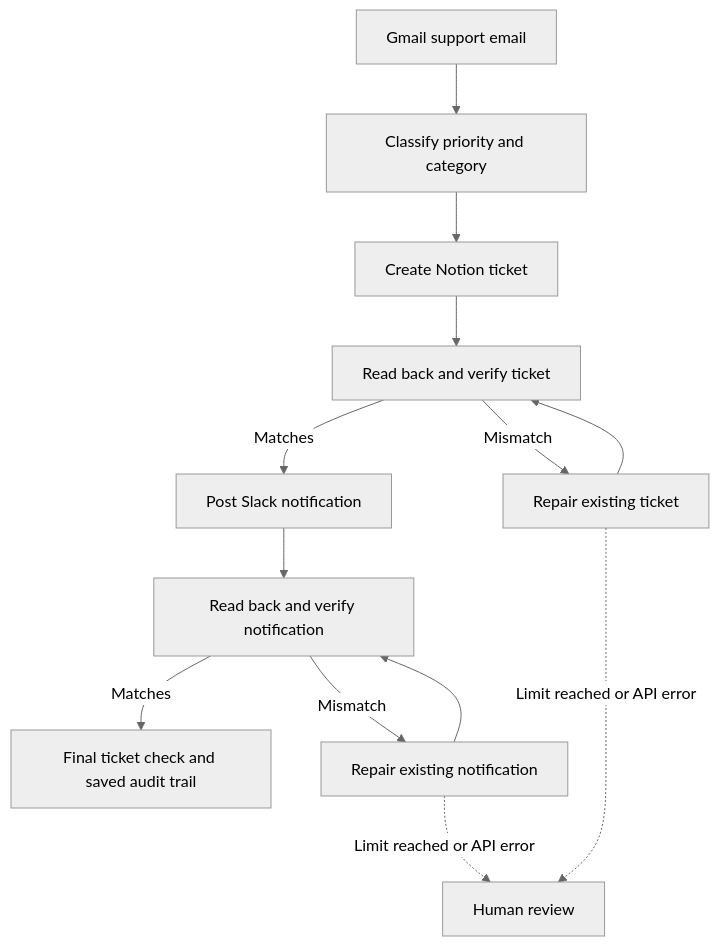
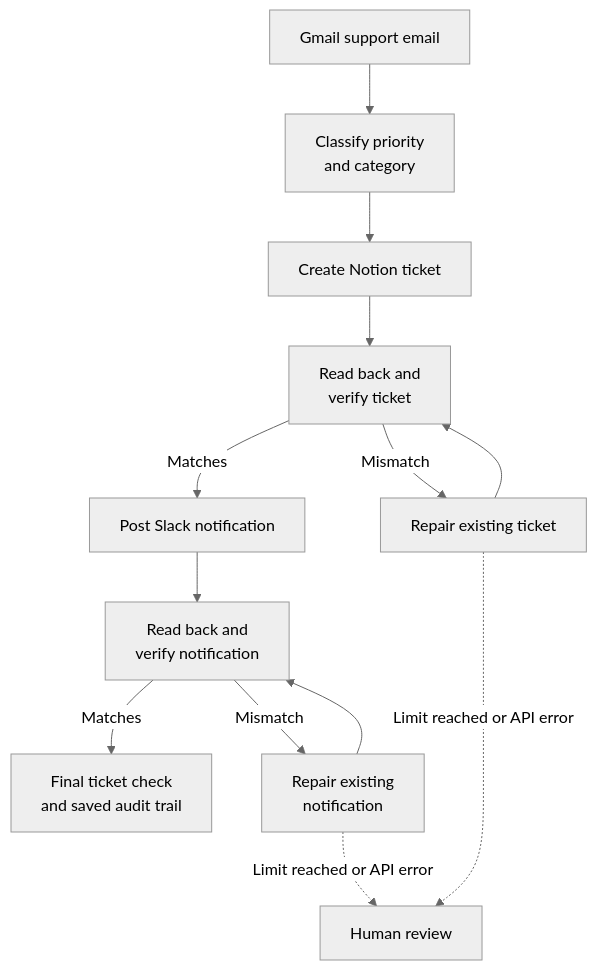
Before and after one commit to SrileakhanaMangapathi/support-sentinel: the diagram in README.md, drawn with Mermaid (neutral theme).

Commit message:
Wrap long diagram labels to prevent clipping

````diff
--- a/README.md
+++ b/README.md
@@ -9,15 +9,15 @@
 ```mermaid
 flowchart TD
-    A[Gmail support email] --> B[Classify priority and category]
+    A[Gmail support email] --> B["Classify priority<br/>and category"]
     B --> C[Create Notion ticket]
-    C --> D[Read back and verify ticket]
+    C --> D["Read back and<br/>verify ticket"]
     D -- Matches --> E[Post Slack notification]
     D -- Mismatch --> F[Repair existing ticket]
     F --> D
-    E --> G[Read back and verify notification]
-    G -- Matches --> H[Final ticket check and saved audit trail]
-    G -- Mismatch --> I[Repair existing notification]
+    E --> G["Read back and<br/>verify notification"]
+    G -- Matches --> H["Final ticket check<br/>and saved audit trail"]
+    G -- Mismatch --> I["Repair existing<br/>notification"]
     I --> G
     F -. Limit reached or API error .-> J[Human review]
     I -. Limit reached or API error .-> J
 ```
````
